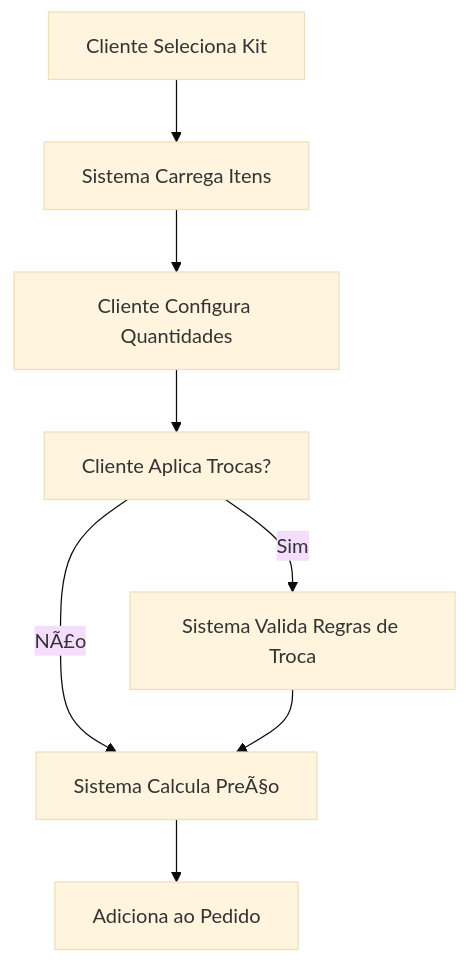
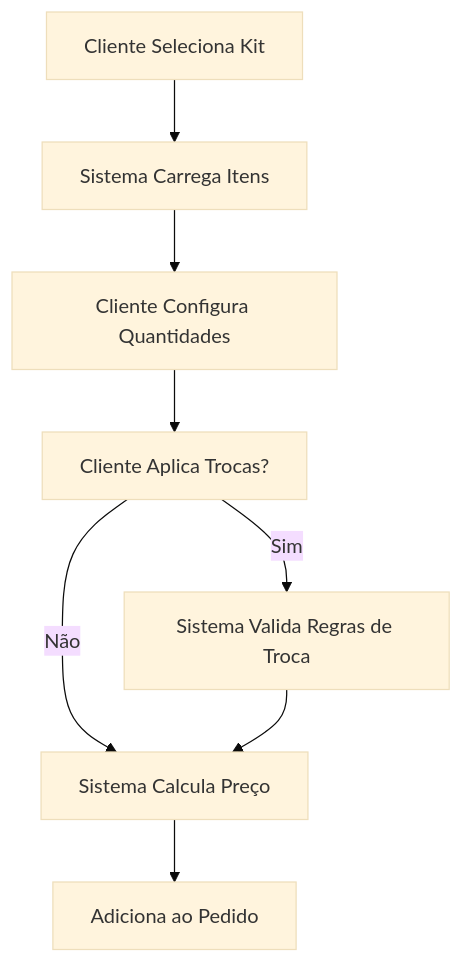
Before and after one commit to igor-spalenza/GesN: the fifth of 5 diagrams in GesN.Web/Context/DOMAIN CONTEXTS/README.md, drawn with Mermaid (base theme). The commit also changed other lines of this file and 10 other files, not shown here.

````diff
--- a/GesN.Web/Context/DOMAIN CONTEXTS/README.md
+++ b/GesN.Web/Context/DOMAIN CONTEXTS/README.md
@@ -441,10 +441,10 @@
 ```mermaid
 graph TD
     A[Cliente Seleciona Kit] --> B[Sistema Carrega Itens]
     B --> C[Cliente Configura Quantidades]
     C --> D[Cliente Aplica Trocas?]
     D -->|Sim| E[Sistema Valida Regras de Troca]
-    D -->|NÃ£o| F[Sistema Calcula PreÃ§o]
+    D -->|Não| F[Sistema Calcula Preço]
     E --> F
     F --> G[Adiciona ao Pedido]
 ```
````
